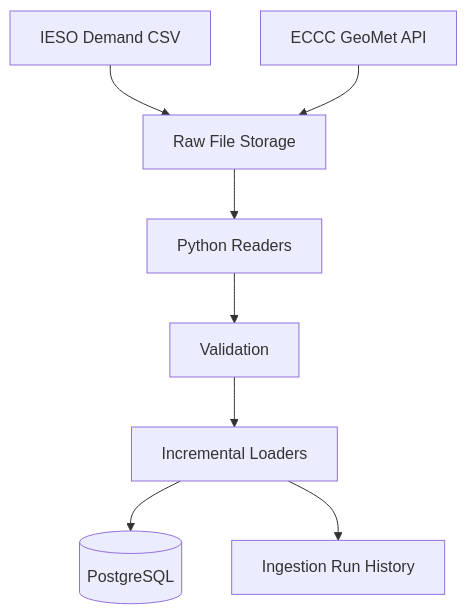
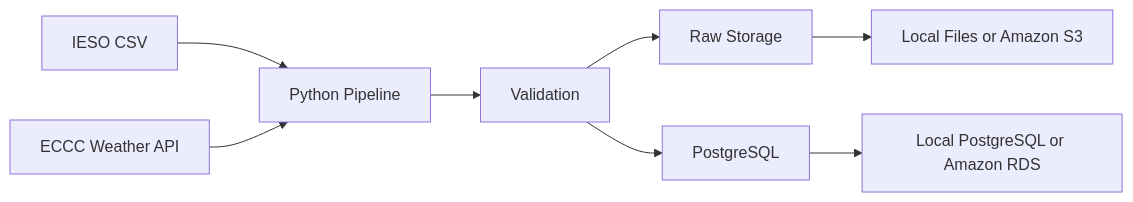
One commit to Sulav-17/platform-01-batch-foundation changed the diagram in README.md. Above: the diagram before and after it, drawn with Mermaid. The commit also changed other lines of this file and 9 other files, not shown here.

````diff
--- a/README.md
+++ b/README.md
@@ -24,10 +52,10 @@
 ```mermaid
-flowchart TD
-    A[IESO Demand CSV] --> C[Raw File Storage]
-    B[ECCC GeoMet API] --> C
-    C --> D[Python Readers]
-    D --> E[Validation]
-    E --> F[Incremental Loaders]
-    F --> G[(PostgreSQL)]
-    F --> H[Ingestion Run History]
+flowchart LR
+    A[IESO CSV] --> C[Python Pipeline]
+    B[ECCC Weather API] --> C
+    C --> D[Validation]
+    D --> E[Raw Storage]
+    D --> F[PostgreSQL]
+    E --> G[Local Files or Amazon S3]
+    F --> H[Local PostgreSQL or Amazon RDS]
 ```
````
